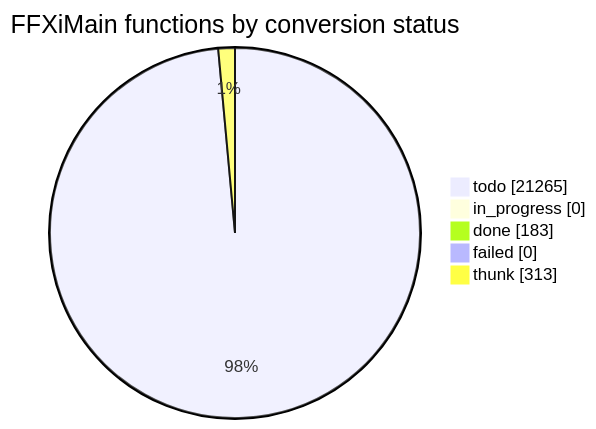
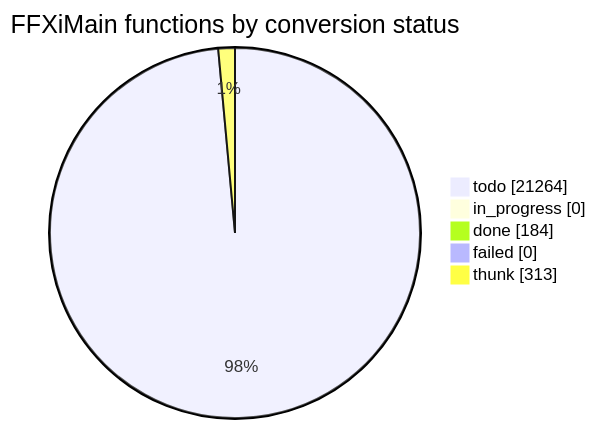
One commit to cowrevenge/cow_kuluu_xi_anything changed the diagram in docs/cow/STATUS.md. Above: the diagram before and after it, drawn with Mermaid. The commit also changed other lines of this file and 9 other files, not shown here.

````diff
--- a/docs/cow/STATUS.md
+++ b/docs/cow/STATUS.md
@@ -18,9 +18,9 @@
 ```mermaid
 pie showData
     title FFXiMain functions by conversion status
-    "todo" : 21265
+    "todo" : 21264
     "in_progress" : 0
-    "done" : 183
+    "done" : 184
     "failed" : 0
     "thunk" : 313
 ```
````
